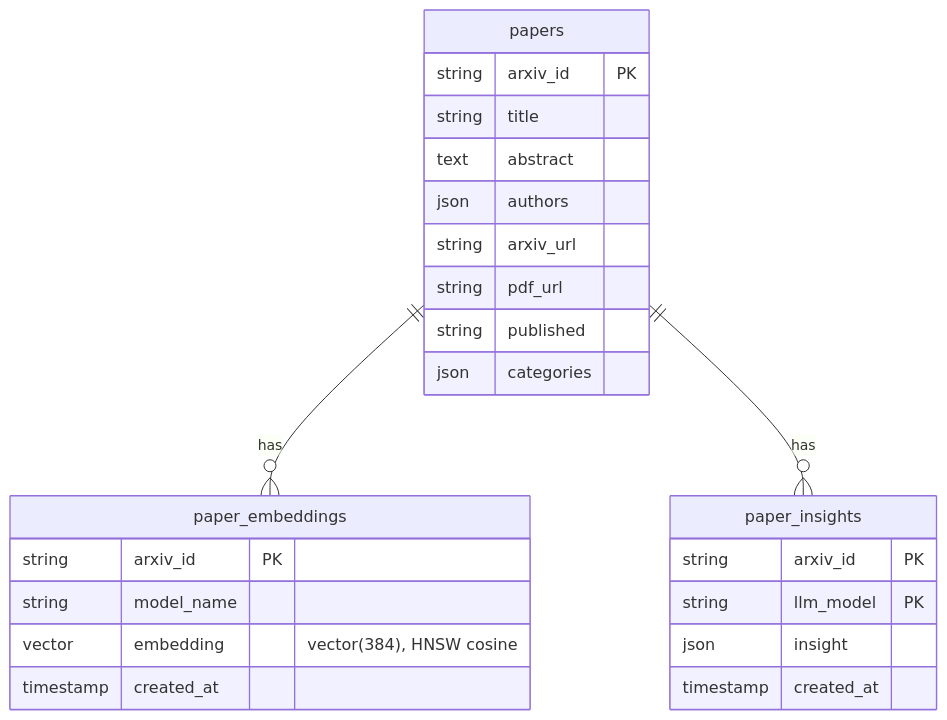
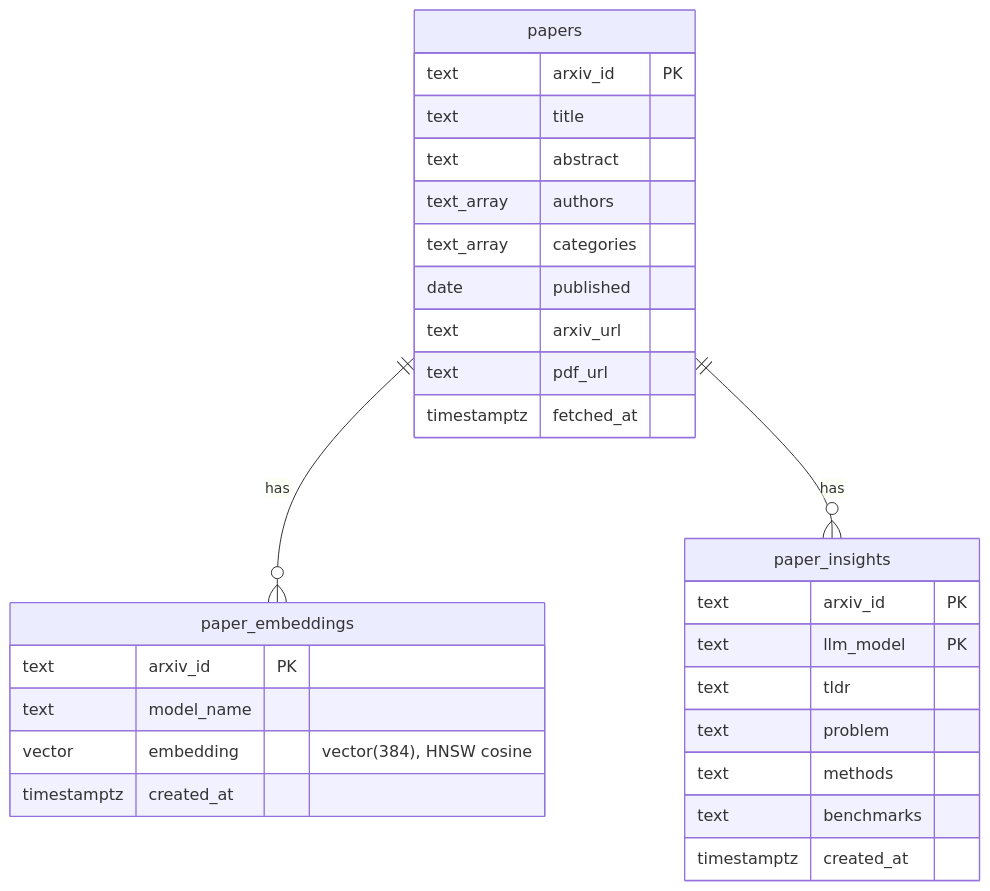
Before and after one commit to SKARAlpha0407/BTP_SEM_07: the third of 3 diagrams in REPORT.md, drawn with Mermaid. The commit also changed other lines of this file and 3 other files, not shown here.

````diff
--- a/REPORT.md
+++ b/REPORT.md
@@ -162,27 +173,31 @@
 ```mermaid
 erDiagram
     papers ||--o{ paper_embeddings : has
     papers ||--o{ paper_insights : has
     papers {
-        string arxiv_id PK
-        string title
+        text arxiv_id PK
+        text title
         text abstract
-        json authors
-        string arxiv_url
-        string pdf_url
-        string published
-        json categories
+        text_array authors
+        text_array categories
+        date published
+        text arxiv_url
+        text pdf_url
+        timestamptz fetched_at
     }
     paper_embeddings {
-        string arxiv_id PK
-        string model_name
+        text arxiv_id PK
+        text model_name
         vector embedding "vector(384), HNSW cosine"
-        timestamp created_at
+        timestamptz created_at
     }
     paper_insights {
-        string arxiv_id PK
-        string llm_model PK
-        json insight
-        timestamp created_at
+        text arxiv_id PK
+        text llm_model PK
+        text tldr
+        text problem
+        text methods
+        text benchmarks
+        timestamptz created_at
     }
 ```
````
